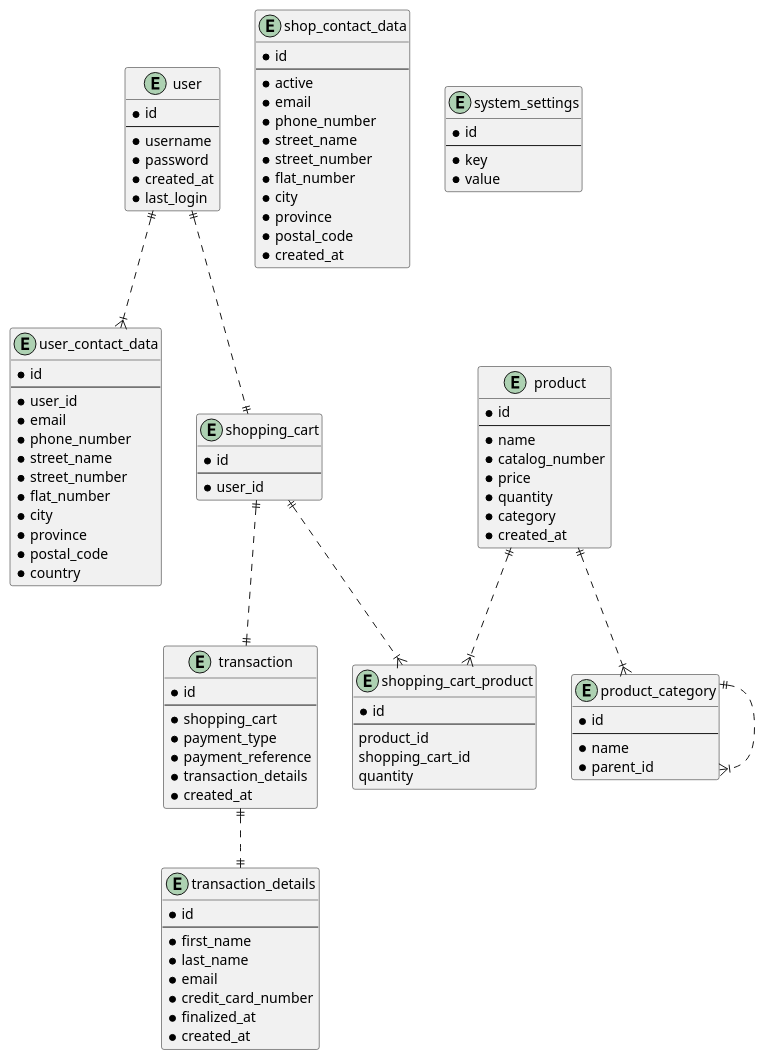
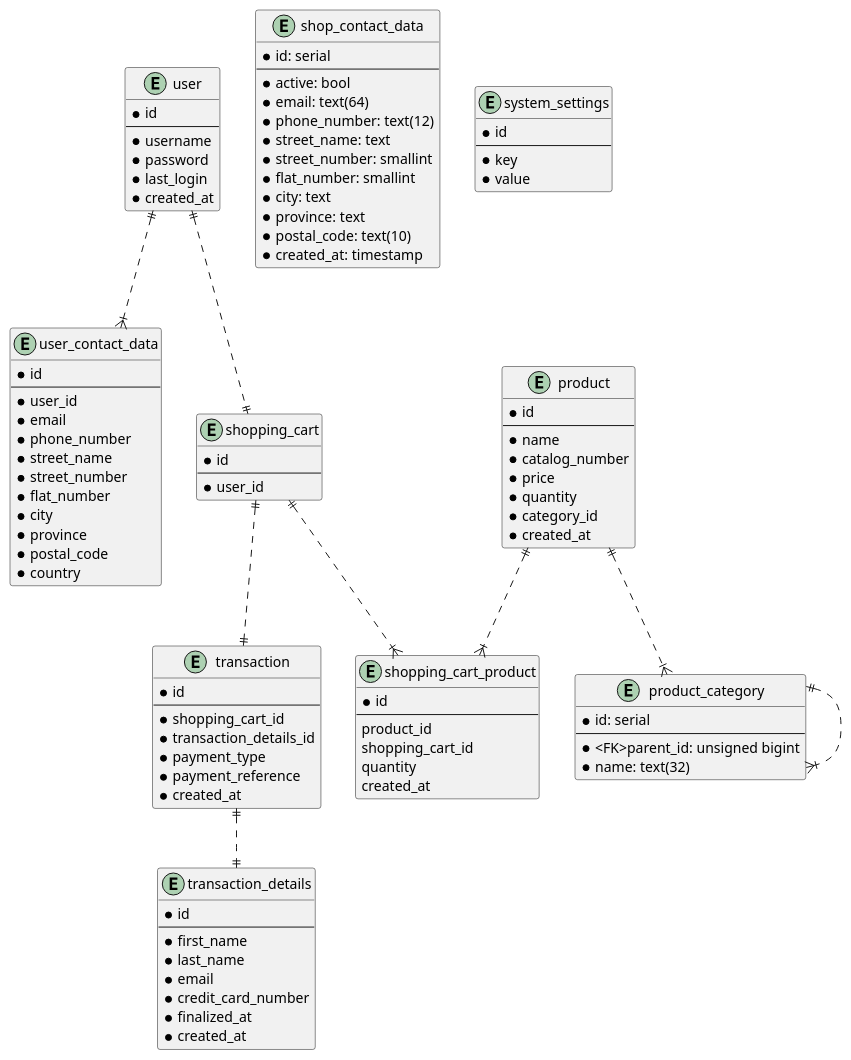
Before and after one commit to SCI-TSIAI/3B: the diagram in diagrams/physical_diagram.puml, drawn with PlantUML. The commit also changed 1 other file, not shown here.

Commit message:
-Added initial schema -Changed physical diagram according to initial schema

```diff
--- a/diagrams/physical_diagram.puml
+++ b/diagrams/physical_diagram.puml
@@ -1,111 +1,112 @@
 @startuml
 
 entity user {
   * id
   --
   * username
   * password
+  * last_login
   * created_at
-  * last_login
 }
 
 entity user_contact_data {
   * id
   --
   * user_id
   * email
   * phone_number
   * street_name
   * street_number
   * flat_number
   * city
   * province
   * postal_code
   * country
 }
 
 entity product {
   * id
   --
   * name
   * catalog_number
   * price
   * quantity
-  * category
+  * category_id
   * created_at
 }
 
 entity product_category{
-  * id
+  * id: serial
   --
-  * name
-  * parent_id
+  * <FK>parent_id: unsigned bigint
+  * name: text(32)
 }
 
 entity shop_contact_data{
-  *id
+  *id: serial
   --
-  * active
-  * email
-  * phone_number
-  * street_name
-  * street_number
-  * flat_number
-  * city
-  * province
-  * postal_code
-  * created_at
+  * active: bool
+  * email: text(64)
+  * phone_number: text(12)
+  * street_name: text
+  * street_number: smallint
+  * flat_number: smallint
+  * city: text
+  * province: text
+  * postal_code: text(10)
+  * created_at: timestamp
 }
 
 entity system_settings{
   * id
   --
   * key
   * value
 }
 
 entity shopping_cart {
   * id
   --
   * user_id
 }
 
 entity shopping_cart_product{
   * id
   --
   product_id
   shopping_cart_id
   quantity
+  created_at
 }
 
 entity transaction{
   * id
   --
-  * shopping_cart
+  * shopping_cart_id
+  * transaction_details_id
   * payment_type
   * payment_reference
-  * transaction_details
   * created_at
 }
 
 entity transaction_details {
   * id
   --
   * first_name
   * last_name
   * email
   * credit_card_number
   * finalized_at
   * created_at
 }
 
 user ||..|| shopping_cart
 product ||..|{ product_category
 product_category ||..|{ product_category
 shopping_cart ||..|| transaction
 transaction ||..|| transaction_details
 user ||..|{ user_contact_data
 shopping_cart ||..|{ shopping_cart_product
 product ||..|{ shopping_cart_product
 
 @enduml
```
